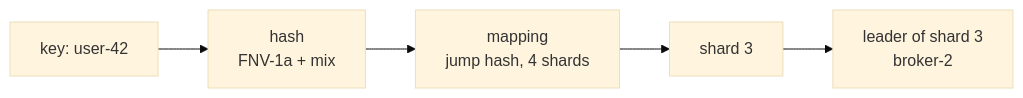
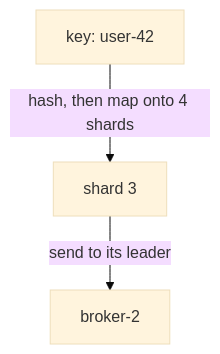
The first of 6 diagrams in docs-site/src/content/docs/features/sharding.md (GetFelix/felix), drawn with Mermaid (base theme) before and after one commit. The commit also changed other lines of this file, not shown here.

First line of the commit message:
docs(sharding): plain-text evidence line, larger diagrams

````diff
--- a/docs-site/src/content/docs/features/sharding.md
+++ b/docs-site/src/content/docs/features/sharding.md
@@ -39,7 +39,5 @@
 ```mermaid
-flowchart LR
-    K["key: user-42"] --> H["hash<br/>FNV-1a + mix"]
-    H --> M["mapping<br/>jump hash, 4 shards"]
-    M --> S["shard 3"]
-    S --> L["leader of shard 3<br/>broker-2"]
+flowchart TB
+    K["key: user-42"] -- "hash, then map onto 4 shards" --> S["shard 3"]
+    S -- "send to its leader" --> L["broker-2"]
 ```
````
